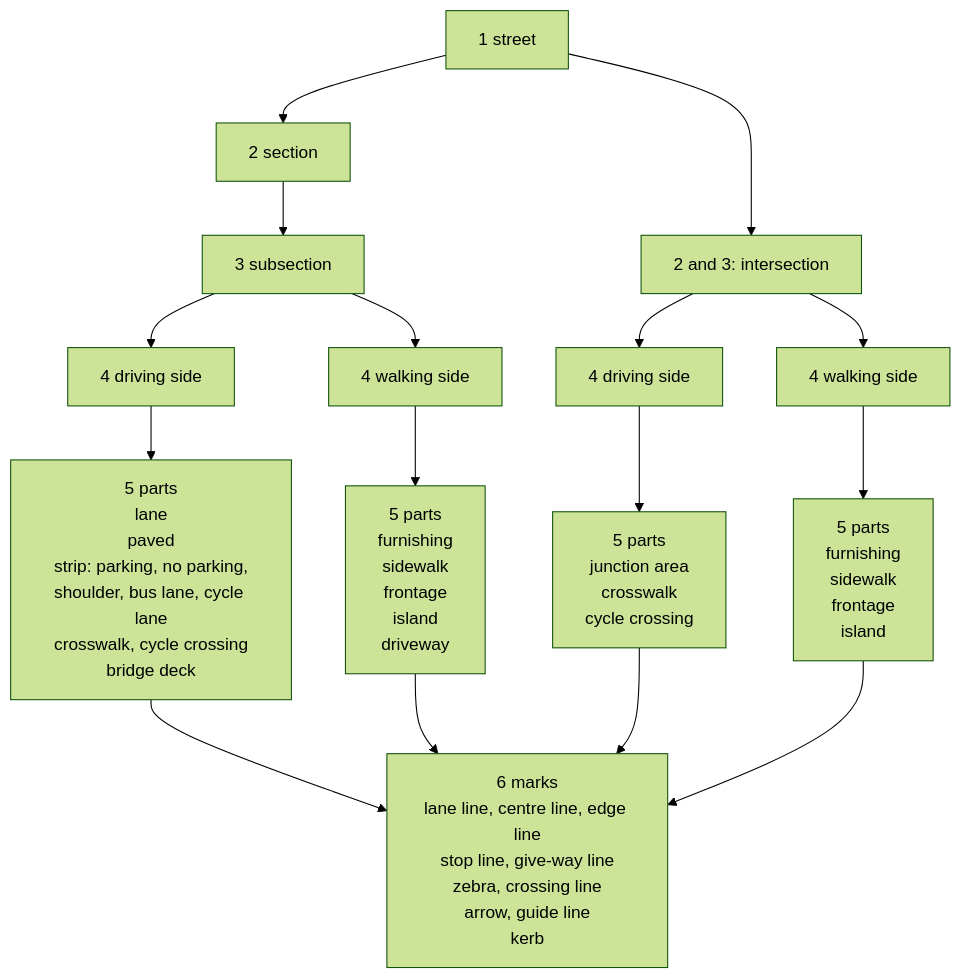
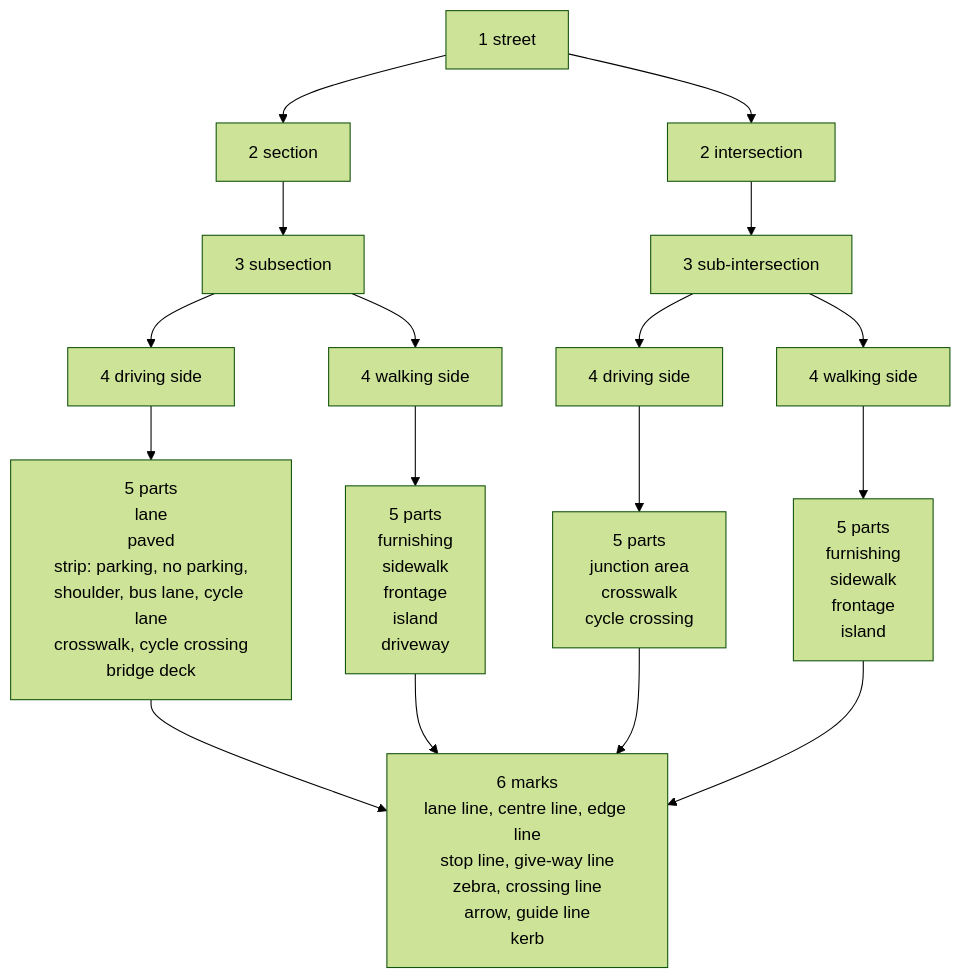
Before and after one commit to Khoshkhah/urbanstyle: the second of 2 diagrams in docs/design/model.md, drawn with Mermaid (forest theme). The commit also changed other lines of this file and 5 other files, not shown here.

````diff
--- a/docs/design/model.md
+++ b/docs/design/model.md
@@ -47,18 +47,19 @@
 ```mermaid
 flowchart TD
     K1[1 street] --> SE[2 section]
     SE --> SU[3 subsection]
-    K1 --> IN[2 and 3: intersection]
+    K1 --> IN0[2 intersection]
+    IN0 --> IN[3 sub-intersection]
     SU --> D1[4 driving side]
     SU --> W1[4 walking side]
     IN --> D2[4 driving side]
     IN --> W2[4 walking side]
     D1 --> P1["5 parts<br/>lane<br/>paved<br/>strip: parking, no parking,<br/>shoulder, bus lane, cycle lane<br/>crosswalk, cycle crossing<br/>bridge deck"]
     W1 --> P2["5 parts<br/>furnishing<br/>sidewalk<br/>frontage<br/>island<br/>driveway"]
     D2 --> P3["5 parts<br/>junction area<br/>crosswalk<br/>cycle crossing"]
     W2 --> P4["5 parts<br/>furnishing<br/>sidewalk<br/>frontage<br/>island"]
     P1 --> M["6 marks<br/>lane line, centre line, edge line<br/>stop line, give-way line<br/>zebra, crossing line<br/>arrow, guide line<br/>kerb"]
     P2 --> M
     P3 --> M
     P4 --> M
 ```
````
